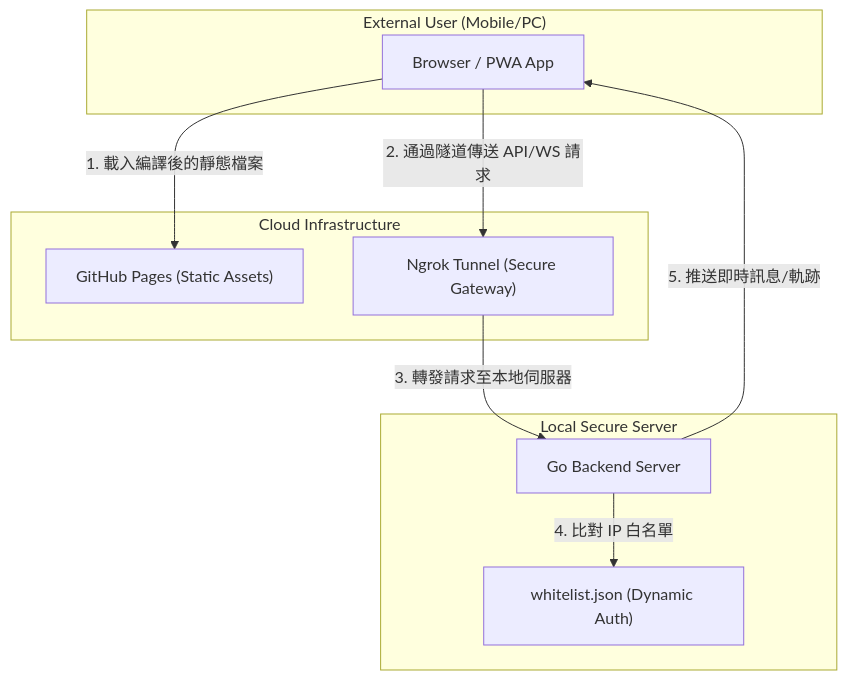
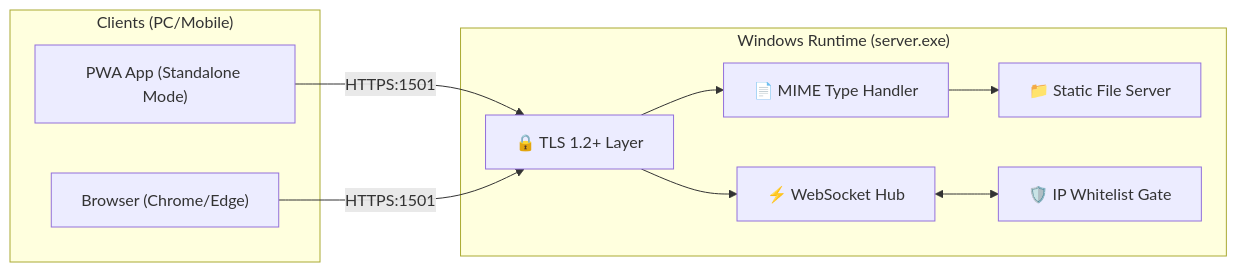
The diagram in README.md (Hao105/vibe-code), drawn with Mermaid before and after one commit. The commit also changed other lines of this file and 9 other files, not shown here.

Commit message:
feat: implement Go-based WebSocket server with file upload support and whitelist authentication

````diff
--- a/README.md
+++ b/README.md
@@ -9,22 +9,22 @@
 ```mermaid
-graph TD
-    subgraph "External User (Mobile/PC)"
-        U["Browser / PWA App"]
+graph LR
+    subgraph "Clients (PC/Mobile)"
+        U1["PWA App (Standalone Mode)"]
+        U2["Browser (Chrome/Edge)"]
     end
 
-    subgraph "Cloud Infrastructure"
-        GP["GitHub Pages (Static Assets)"]
-        N["Ngrok Tunnel (Secure Gateway)"]
+    subgraph "Windows Runtime (server.exe)"
+        TLS["🔒 TLS 1.2+ Layer"]
+        MIME["📄 MIME Type Handler"]
+        FS["📁 Static File Server"]
+        WS["⚡ WebSocket Hub"]
+        AUTH["🛡️ IP Whitelist Gate"]
     end
 
-    subgraph "Local Secure Server"
-        GS["Go Backend Server"]
-        W["whitelist.json (Dynamic Auth)"]
-    end
-
-    U -- 1. 載入編譯後的靜態檔案 --> GP
-    U -- 2. 通過隧道傳送 API/WS 請求 --> N
-    N -- 3. 轉發請求至本地伺服器 --> GS
-    GS -- 4. 比對 IP 白名單 --> W
-    GS -- 5. 推送即時訊息/軌跡 --> U
+    U1 -- "HTTPS:1501" --> TLS
+    U2 -- "HTTPS:1501" --> TLS
+    TLS --> MIME
+    MIME --> FS
+    TLS --> WS
+    WS <--> AUTH
 ```
````
